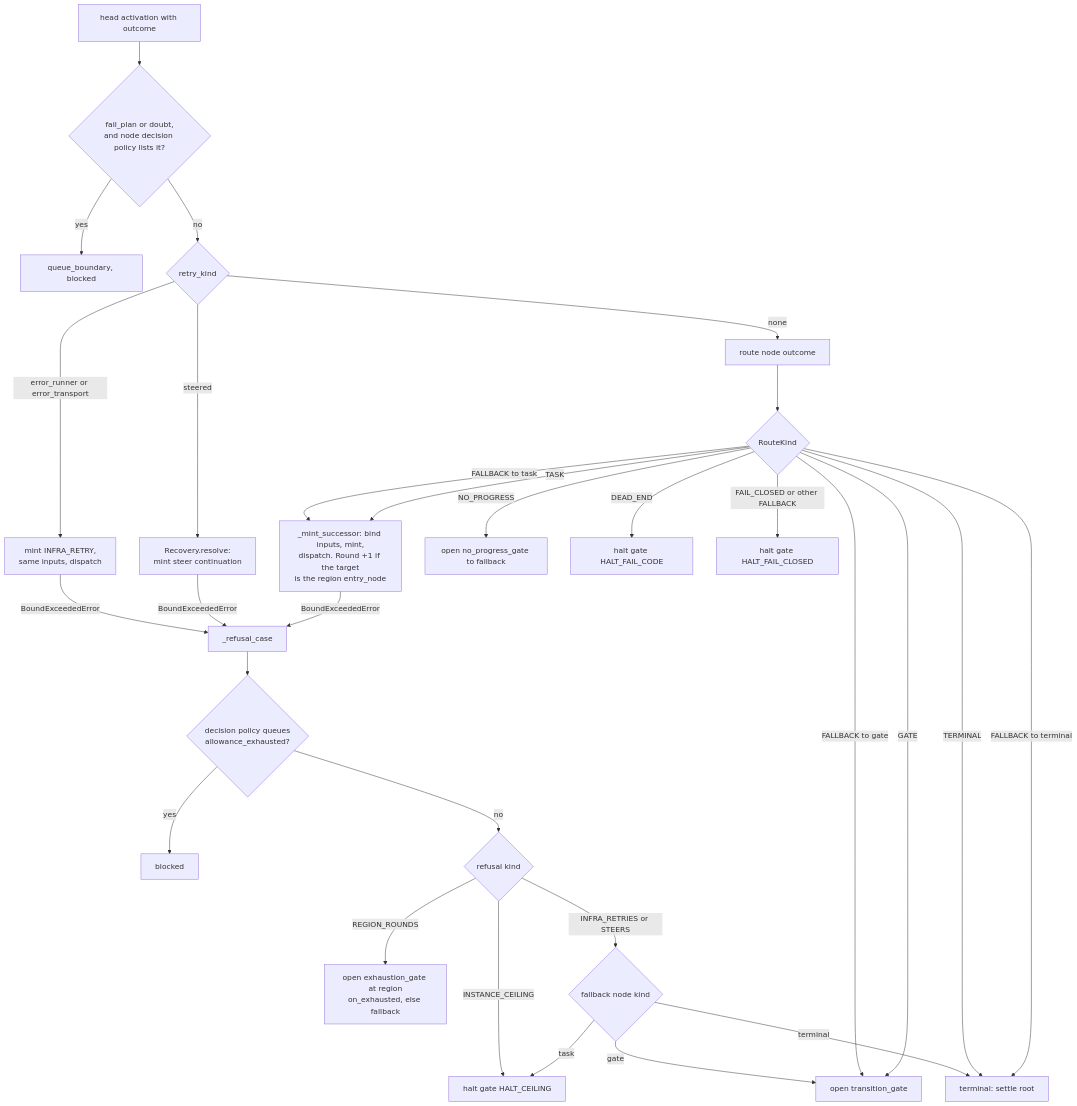
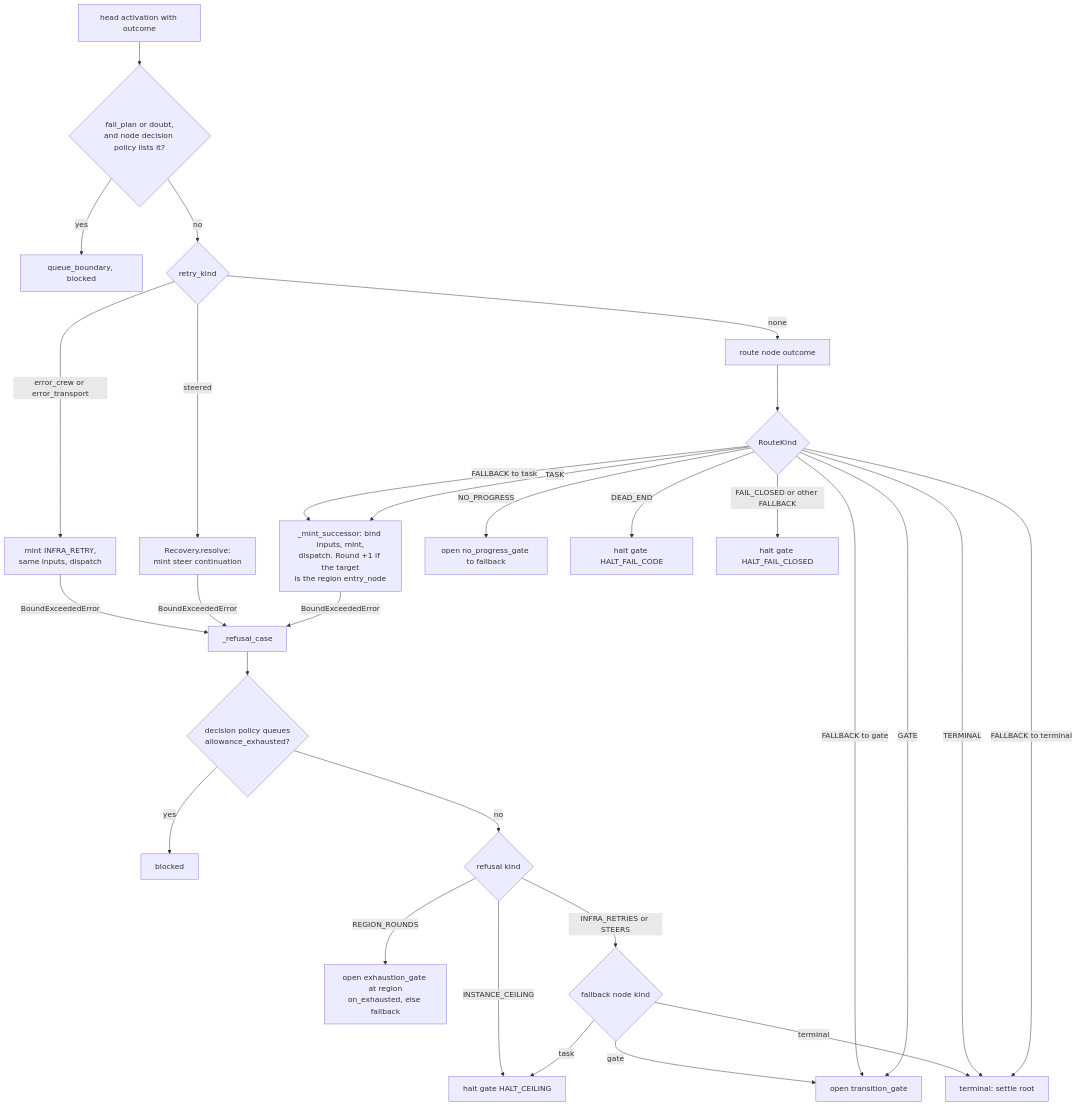
Before and after one commit to MVPavan/coding-ritual: diagram 21 of 46 in docs/workflow-interpreter-guide/diagrams.md, drawn with Mermaid. The commit also changed other lines of this file and 361 other files, not shown here.

````diff
--- a/docs/workflow-interpreter-guide/diagrams.md
+++ b/docs/workflow-interpreter-guide/diagrams.md
@@ -962,31 +962,31 @@
 ```mermaid
 flowchart TD
   H["head activation with outcome"] --> Q1{"fail_plan or doubt,<br/>and node decision policy lists it?"}
   Q1 -->|"yes"| B1["queue_boundary, blocked"]
   Q1 -->|"no"| Q2{"retry_kind"}
   Q2 -->|"steered"| R1["Recovery.resolve:<br/>mint steer continuation"]
-  Q2 -->|"error_runner or error_transport"| R2["mint INFRA_RETRY,<br/>same inputs, dispatch"]
+  Q2 -->|"error_crew or error_transport"| R2["mint INFRA_RETRY,<br/>same inputs, dispatch"]
   Q2 -->|"none"| RT["route node outcome"]
   RT --> K{"RouteKind"}
   K -->|"TASK"| M1["_mint_successor: bind inputs, mint,<br/>dispatch. Round +1 if the target<br/>is the region entry_node"]
   K -->|"GATE"| G1["open transition_gate"]
   K -->|"NO_PROGRESS"| G2["open no_progress_gate to fallback"]
   K -->|"FALLBACK to gate"| G1
   K -->|"FALLBACK to task"| M1
   K -->|"FALLBACK to terminal"| TE
   K -->|"TERMINAL"| TE["terminal: settle root"]
   K -->|"DEAD_END"| HB["halt gate HALT_FAIL_CODE"]
   K -->|"FAIL_CLOSED or other FALLBACK"| HA["halt gate HALT_FAIL_CLOSED"]
   M1 -->|"BoundExceededError"| RC["_refusal_case"]
   R1 -->|"BoundExceededError"| RC
   R2 -->|"BoundExceededError"| RC
   RC --> QB{"decision policy queues<br/>allowance_exhausted?"}
   QB -->|"yes"| BL["blocked"]
   QB -->|"no"| K2{"refusal kind"}
   K2 -->|"REGION_ROUNDS"| G3["open exhaustion_gate at region<br/>on_exhausted, else fallback"]
   K2 -->|"INFRA_RETRIES or STEERS"| FB{"fallback node kind"}
   FB -->|"terminal"| TE
   FB -->|"gate"| G1
   FB -->|"task"| HC
   K2 -->|"INSTANCE_CEILING"| HC["halt gate HALT_CEILING"]
 ```
````
